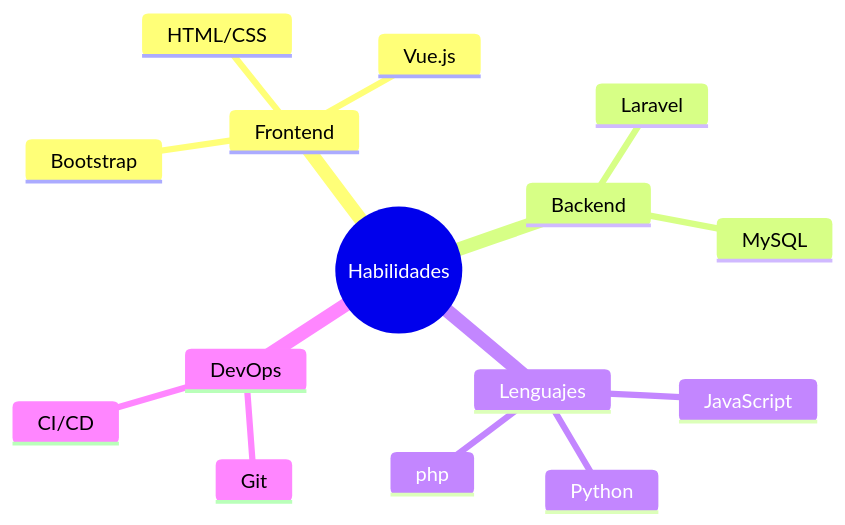
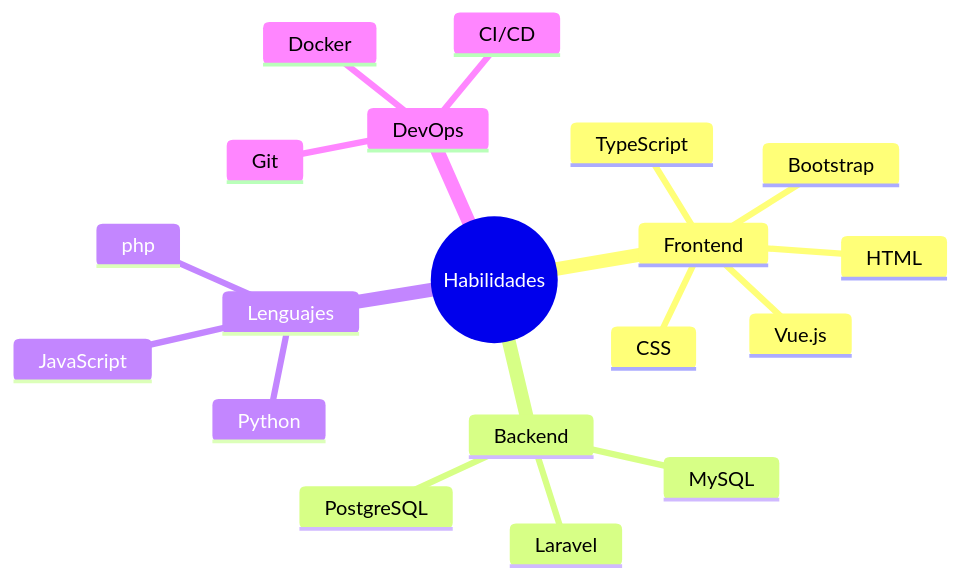
Before and after one commit to AlvaritoGSG/about: the diagram in readme.md, drawn with Mermaid. The commit also changed other lines of this file, not shown here.

````diff
--- a/readme.md
+++ b/readme.md
@@ -13,18 +13,22 @@
 ```mermaid
 mindmap
   root((Habilidades))
     Frontend
-      HTML/CSS
+      HTML
+      CSS
+      TypeScript
       Vue.js
       Bootstrap
     Backend
       Laravel
       MySQL
+      PostgreSQL
     Lenguajes
       JavaScript
       Python
       php
     DevOps
       Git
       CI/CD
+      Docker
 ```
````
